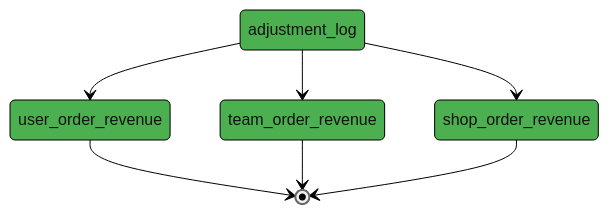
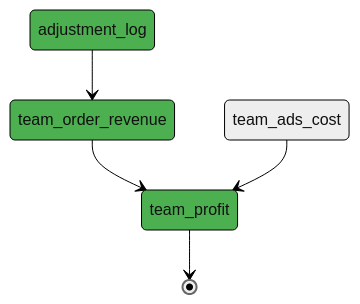
The diagram in batch_test.mmd (pdcgo/worker_stat), drawn with Mermaid (neutral theme) before and after one commit. The commit also changed 5 other files, not shown here.

```diff
--- a/batch_test.mmd
+++ b/batch_test.mmd
@@ -1,13 +1,8 @@
 stateDiagram-v2
-	user_order_revenue--> [*]
-	style user_order_revenue fill:#4CAF50
-	team_order_revenue--> [*]
-	style team_order_revenue fill:#4CAF50
-	shop_order_revenue--> [*]
-	style shop_order_revenue fill:#4CAF50
-	adjustment_log--> user_order_revenue
-	style adjustment_log fill:#4CAF50
+	team_profit--> [*]
+	style team_profit fill:#4CAF50
 	adjustment_log--> team_order_revenue
 	style adjustment_log fill:#4CAF50
-	adjustment_log--> shop_order_revenue
-	style adjustment_log fill:#4CAF50
+	team_order_revenue--> team_profit
+	style team_order_revenue fill:#4CAF50
+	team_ads_cost--> team_profit
```
